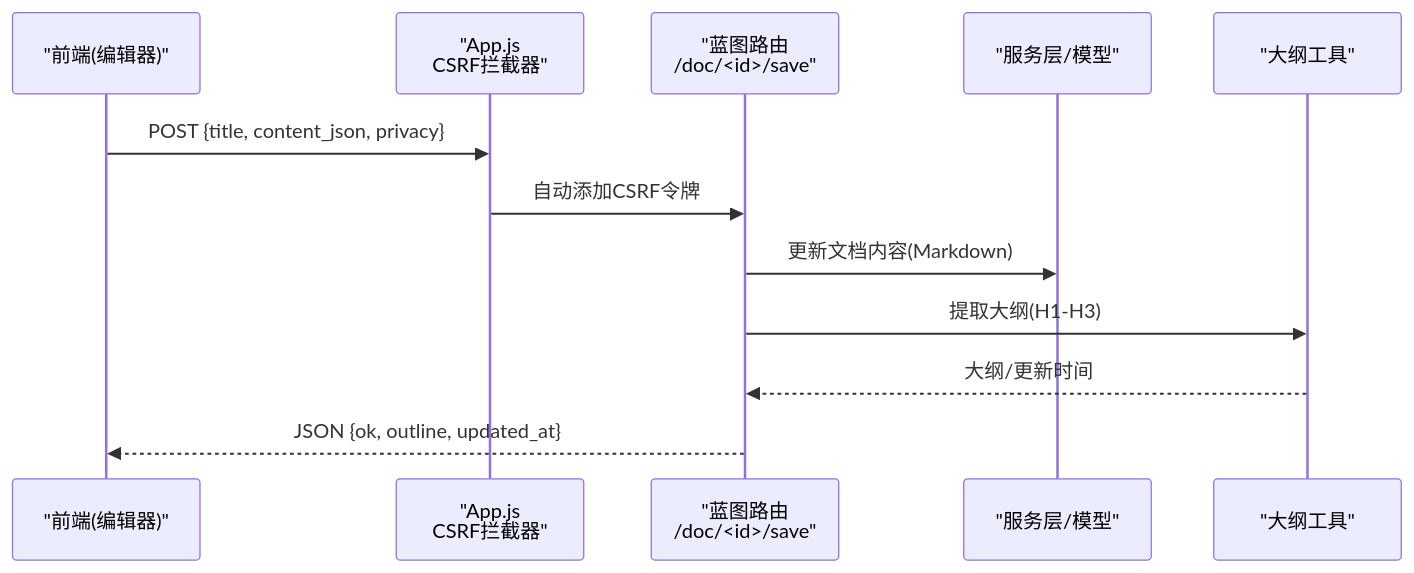
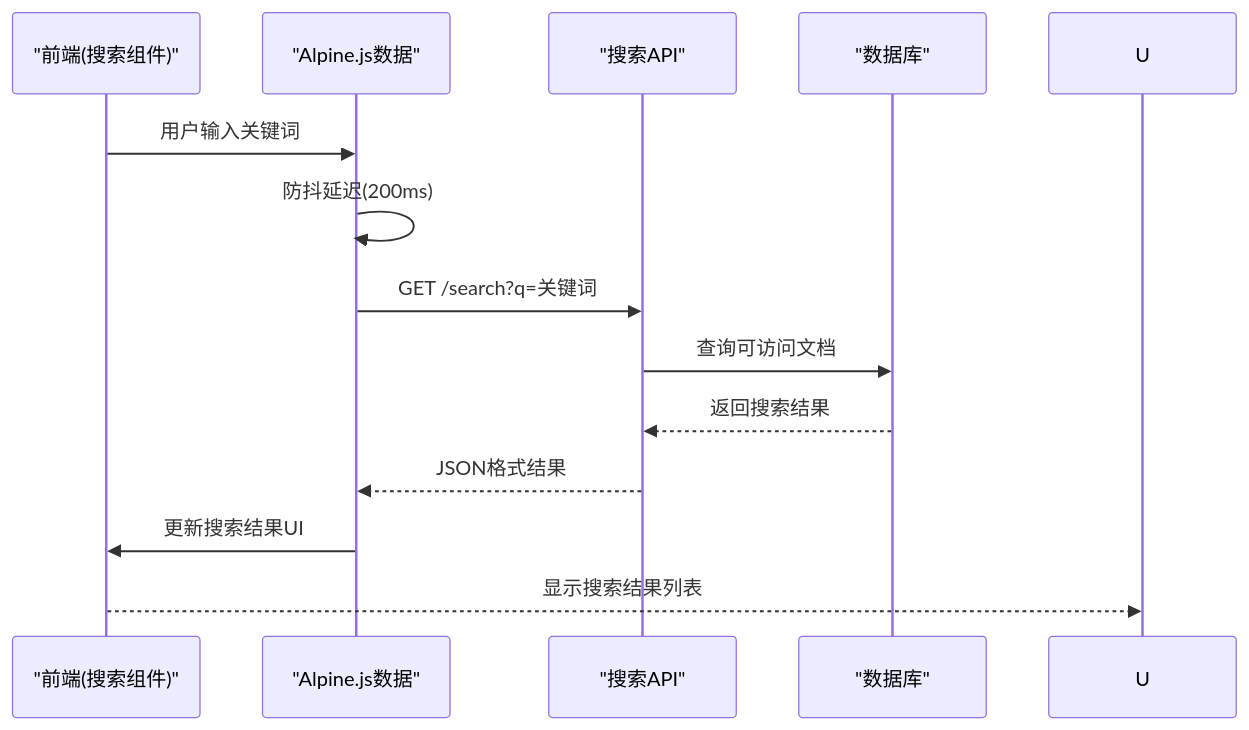
Diagram 19 of 20 in .qoder/repowiki/zh/content/前端模板系统.md (beyondalbert/my_wiki), drawn with Mermaid before and after one commit. The commit also changed other lines of this file and 5 other files, not shown here.

````diff
--- a/.qoder/repowiki/zh/content/前端模板系统.md
+++ b/.qoder/repowiki/zh/content/前端模板系统.md
@@ -804,14 +995,15 @@
 ```mermaid
 sequenceDiagram
-participant FE as "前端(编辑器)"
-participant JS as "App.js<br/>CSRF拦截器"
-participant BE as "蓝图路由<br/>/doc/<id>/save"
-participant SV as "服务层/模型"
-participant OUT as "大纲工具"
-FE->>JS : POST {title, content_json, privacy}
-JS->>BE : 自动添加CSRF令牌
-BE->>SV : 更新文档内容(Markdown)
-BE->>OUT : 提取大纲(H1-H3)
-OUT-->>BE : 大纲/更新时间
-BE-->>FE : JSON {ok, outline, updated_at}
+participant FE as "前端(搜索组件)"
+participant ALP as "Alpine.js数据"
+participant API as "搜索API"
+participant DB as "数据库"
+FE->>ALP : 用户输入关键词
+ALP->>ALP : 防抖延迟(200ms)
+ALP->>API : GET /search?q=关键词
+API->>DB : 查询可访问文档
+DB-->>API : 返回搜索结果
+API-->>ALP : JSON格式结果
+ALP->>FE : 更新搜索结果UI
+FE-->>U : 显示搜索结果列表
 ```
````
